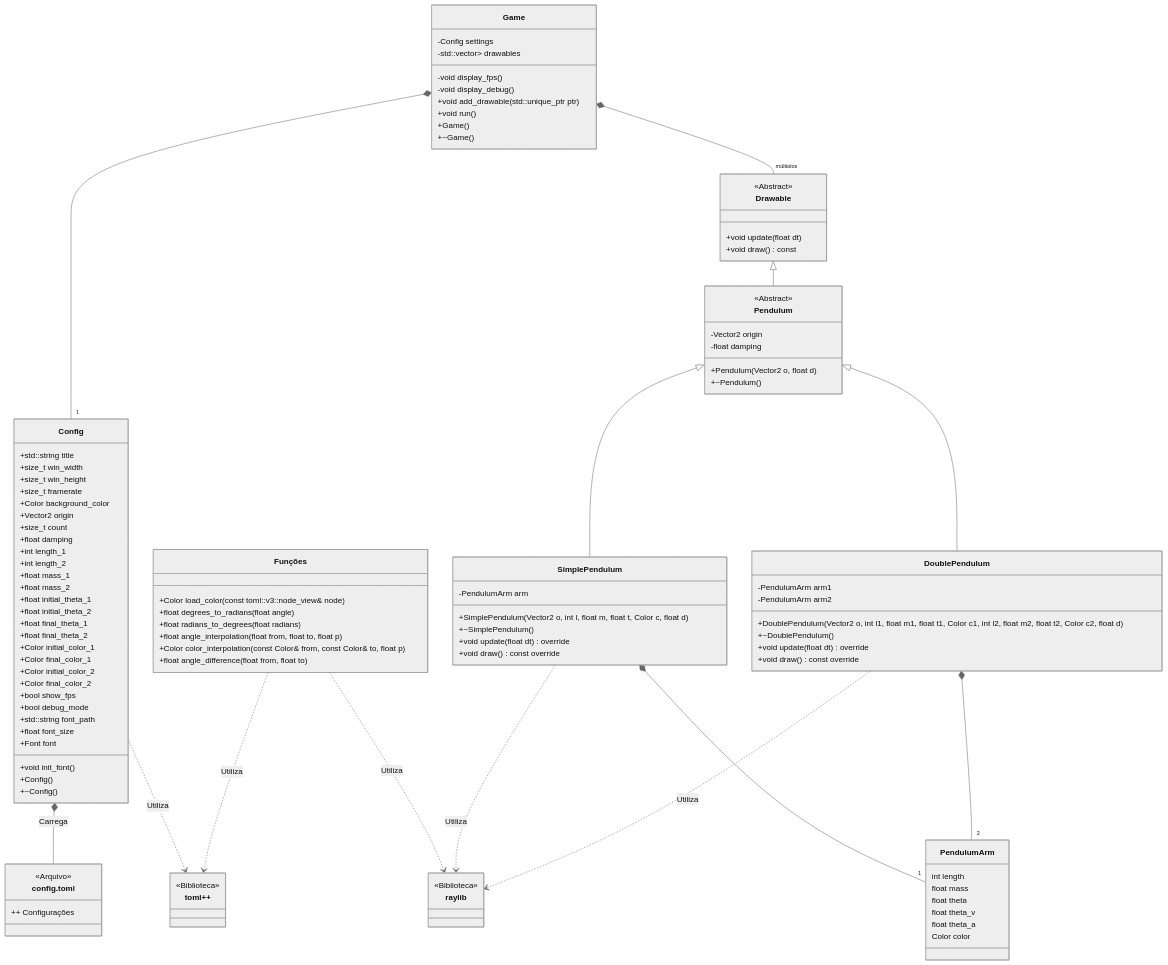
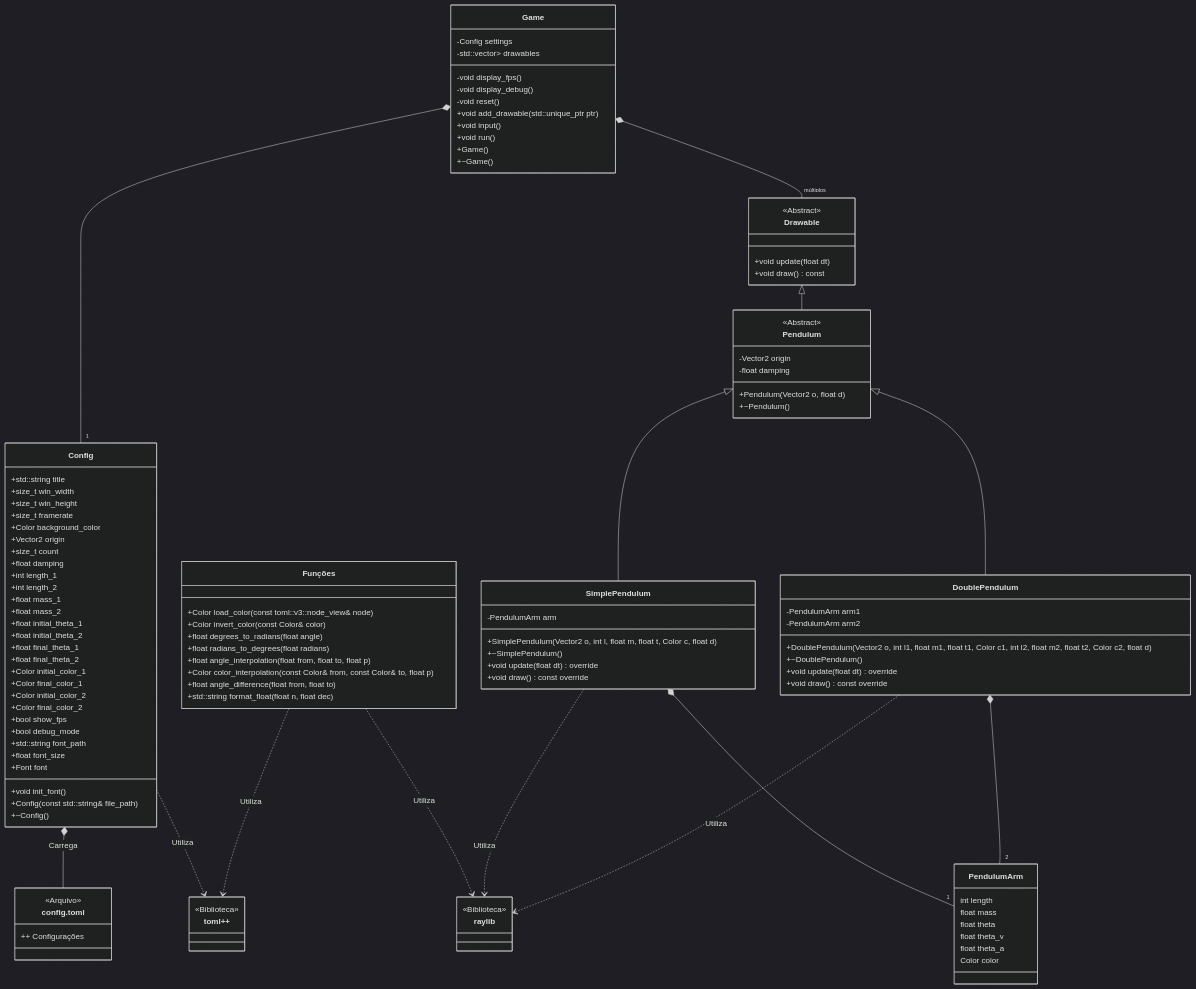
One commit to SamVeras/ChaoticDPends changed the diagram in readme.md. Above: the diagram before and after it, drawn with Mermaid. The commit also changed other lines of this file, not shown here.

````diff
--- a/readme.md
+++ b/readme.md
@@ -101,5 +38,5 @@
 ```mermaid
-%%{init: {'theme': 'neutral' } }%%
+%%{init: {'theme': 'dark' } }%%
 classDiagram
   class Drawable {
       <<Abstract>>
@@ -146,7 +83,9 @@
       -std::vector<std::unique_ptr<Drawable>> drawables
       -void display_fps()
       -void display_debug()
+      -void reset()
       +void add_drawable(std::unique_ptr<Drawable> ptr)
+      +void input()
       +void run()
       +Game()
       +~Game()
@@ -179,17 +118,19 @@
       +float font_size
       +Font font
       +void init_font()
-      +Config()
+      +Config(const std::string& file_path)
       +~Config()
   }
 
   class Funções {
       +Color load_color(const toml::v3::node_view<toml::v3::node>& node)
+      +Color invert_color(const Color& color)
       +float degrees_to_radians(float angle)
       +float radians_to_degrees(float radians)
       +float angle_interpolation(float from, float to, float p)
       +Color color_interpolation(const Color& from, const Color& to, float p)
       +float angle_difference(float from, float to)
+      +std::string format_float(float n, float dec)
   }
 
   class `config.toml` {
````
